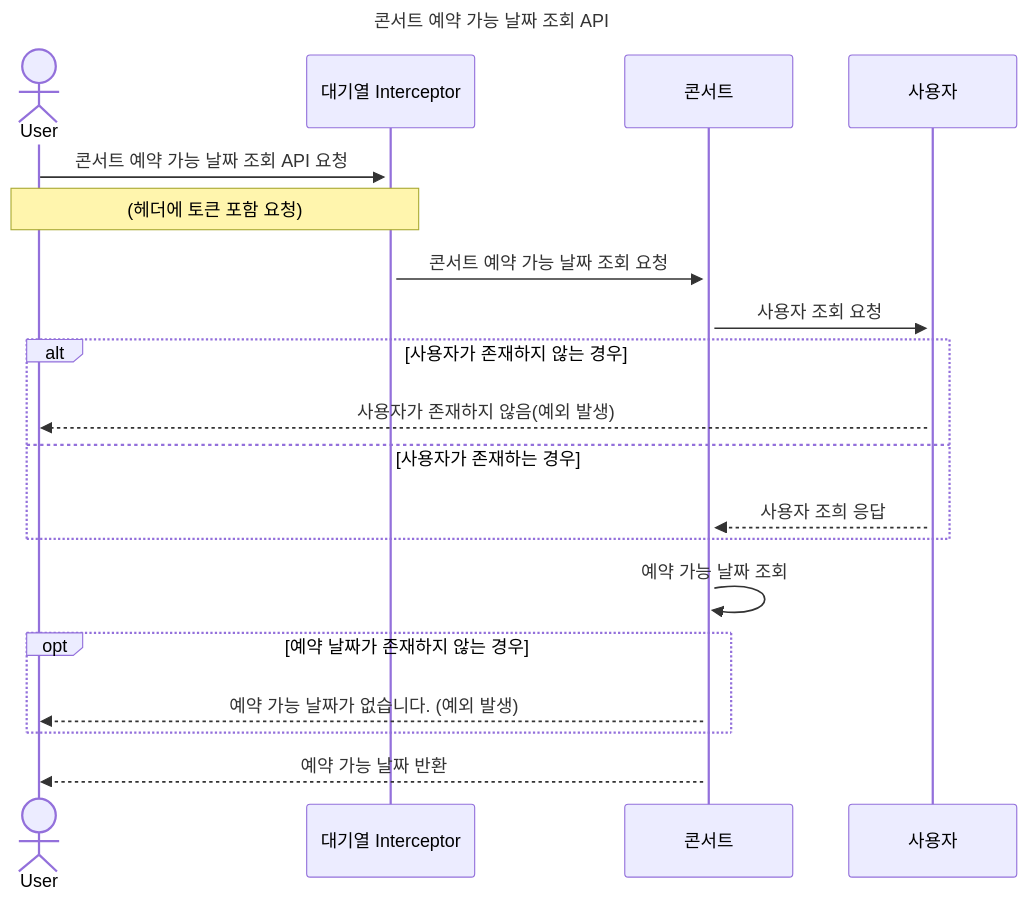
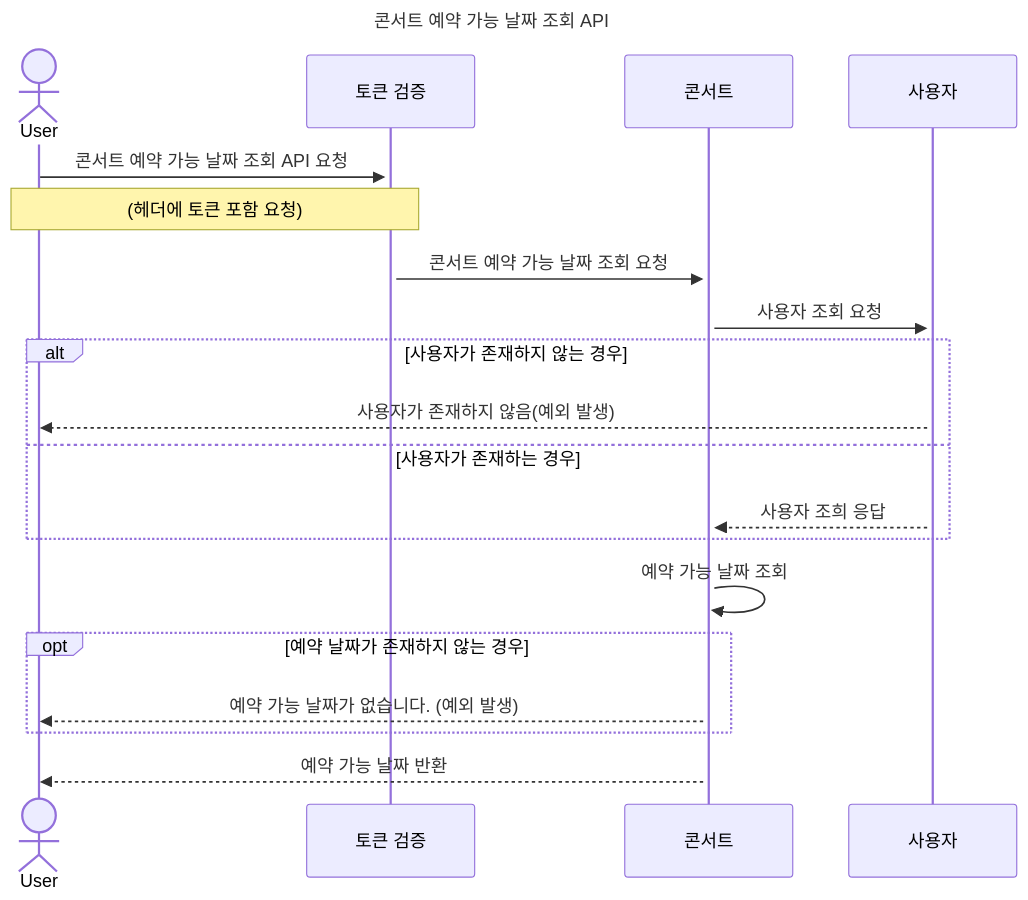
One commit to seokyHan/concert-reservation changed the second of 9 diagrams in docs/SEQUENCE_DIAGRAM.md. Above: the diagram before and after it, drawn with Mermaid. The commit also changed other lines of this file and 2 other files, not shown here.

Commit message:
chore : ERD, yml, sequence diagram 수정

````diff
--- a/docs/SEQUENCE_DIAGRAM.md
+++ b/docs/SEQUENCE_DIAGRAM.md
@@ -37,23 +37,23 @@
 ```mermaid
 sequenceDiagram
 Actor User
-    participant 대기열 Interceptor
+    participant 토큰 검증
     participant 콘서트
     participant 사용자
     title 콘서트 예약 가능 날짜 조회 API
 
-    User ->>+ 대기열 Interceptor: 콘서트 예약 가능 날짜 조회 API 요청
-    Note over User,대기열 Interceptor: (헤더에 토큰 포함 요청)
-    대기열 Interceptor ->>+ 콘서트: 콘서트 예약 가능 날짜 조회 요청
+    User ->>+ 토큰 검증: 콘서트 예약 가능 날짜 조회 API 요청
+    Note over User,토큰 검증: (헤더에 토큰 포함 요청)
+    토큰 검증 ->>+ 콘서트: 콘서트 예약 가능 날짜 조회 요청
     콘서트 ->>+ 사용자: 사용자 조회 요청
     alt 사용자가 존재하지 않는 경우
         사용자 -->> User: 사용자가 존재하지 않음(예외 발생)
     else 사용자가 존재하는 경우
         사용자 -->> 콘서트: 사용자 조희 응답 
     end
     콘서트 ->>+ 콘서트: 예약 가능 날짜 조회
     opt 예약 날짜가 존재하지 않는 경우
         콘서트 -->> User: 예약 가능 날짜가 없습니다. (예외 발생)
     end
     콘서트 -->> User: 예약 가능 날짜 반환
 ```
````
